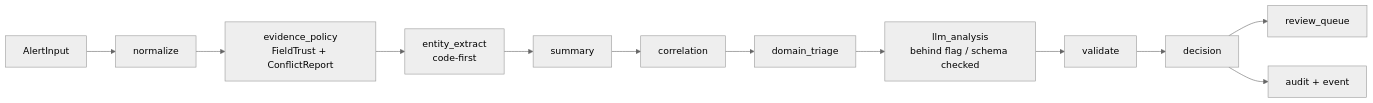
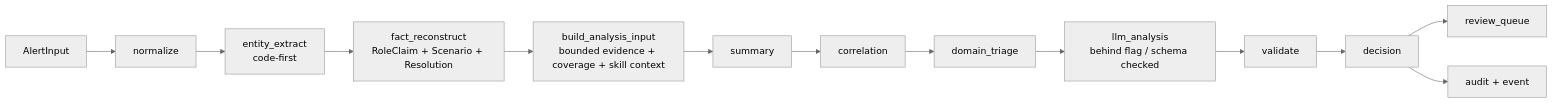
The fourth of 10 diagrams in .notes/ai_soc/soc-agent-solution.md (yydspanda/deer-flow), drawn with Mermaid (neutral theme) before and after one commit. The commit also changed other lines of this file and 54 other files, not shown here.

````diff
--- a/.notes/ai_soc/soc-agent-solution.md
+++ b/.notes/ai_soc/soc-agent-solution.md
@@ -251,14 +256,15 @@
 ```mermaid
 flowchart LR
     I["AlertInput"] --> N["normalize"]
-    N --> EP["evidence_policy<br/>FieldTrust + ConflictReport"]
-    EP --> X["entity_extract<br/>code-first"]
-    X --> S["summary"]
+    N --> X["entity_extract<br/>code-first"]
+    X --> F["fact_reconstruct<br/>RoleClaim + Scenario + Resolution"]
+    F --> B["build_analysis_input<br/>bounded evidence + coverage + skill context"]
+    B --> S["summary"]
     S --> C["correlation"]
     C --> D["domain_triage"]
     D --> L["llm_analysis<br/>behind flag / schema checked"]
     L --> V["validate"]
     V --> R["decision"]
     R --> Q["review_queue"]
     R --> A["audit + event"]
 ```
````
